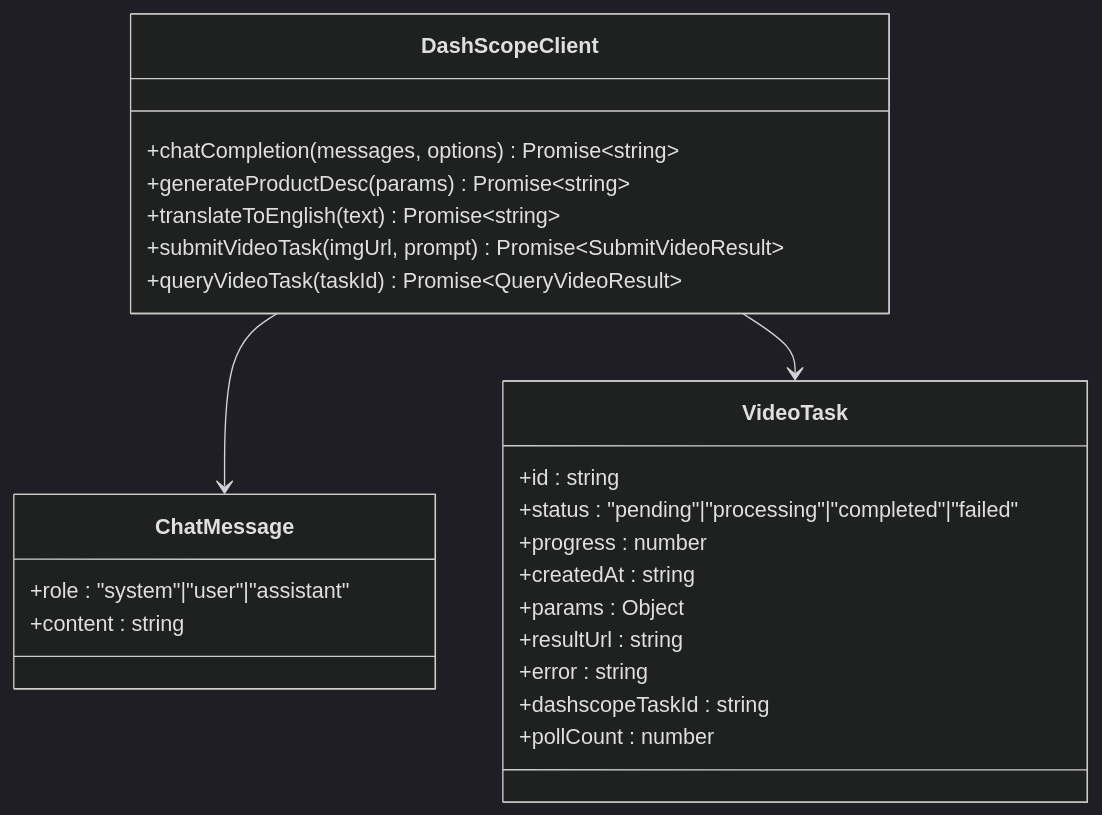
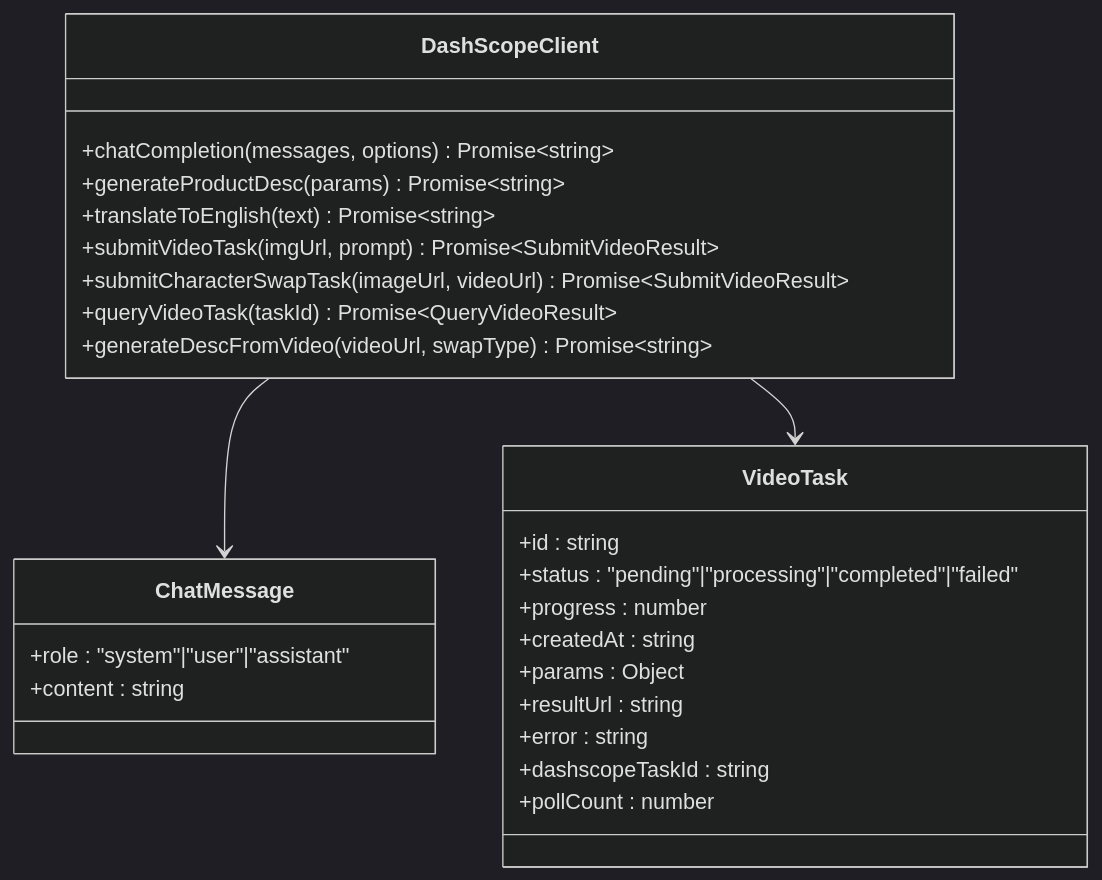
One commit to zuozuoliu740-cmd/xianxiong-news changed the sixth of 20 diagrams in .qoder/repowiki/zh/content/核心功能模块/AI实验室模块.md. Above: the diagram before and after it, drawn with Mermaid (dark theme). The commit also changed other lines of this file and 4 other files, not shown here.

````diff
--- a/.qoder/repowiki/zh/content/核心功能模块/AI实验室模块.md
+++ b/.qoder/repowiki/zh/content/核心功能模块/AI实验室模块.md
@@ -316,27 +339,29 @@
 ```mermaid
 classDiagram
 class DashScopeClient {
 +chatCompletion(messages, options) Promise~string~
 +generateProductDesc(params) Promise~string~
 +translateToEnglish(text) Promise~string~
 +submitVideoTask(imgUrl, prompt) Promise~SubmitVideoResult~
++submitCharacterSwapTask(imageUrl, videoUrl) Promise~SubmitVideoResult~
 +queryVideoTask(taskId) Promise~QueryVideoResult~
++generateDescFromVideo(videoUrl, swapType) Promise~string~
 }
 class ChatMessage {
 +role : "system"|"user"|"assistant"
 +content : string
 }
 class VideoTask {
 +id : string
 +status : "pending"|"processing"|"completed"|"failed"
 +progress : number
 +createdAt : string
 +params : Object
 +resultUrl : string
 +error : string
 +dashscopeTaskId : string
 +pollCount : number
 }
 DashScopeClient --> ChatMessage
 DashScopeClient --> VideoTask
 ```
````
